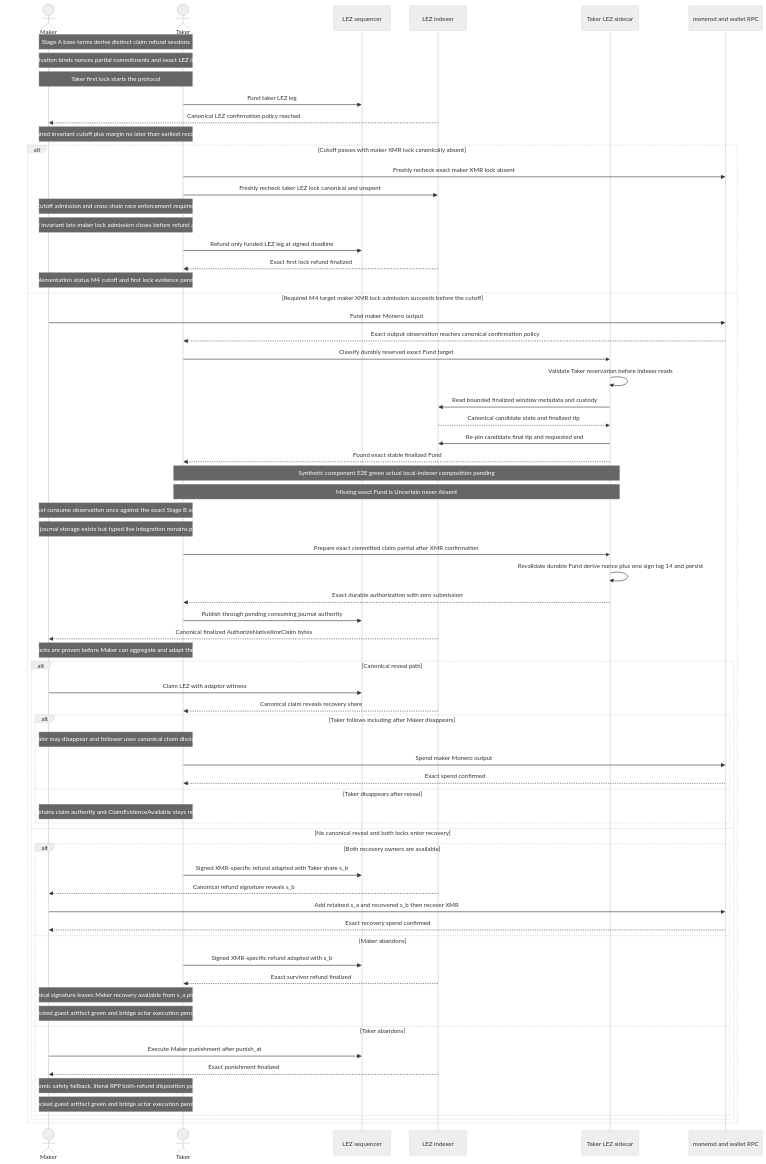
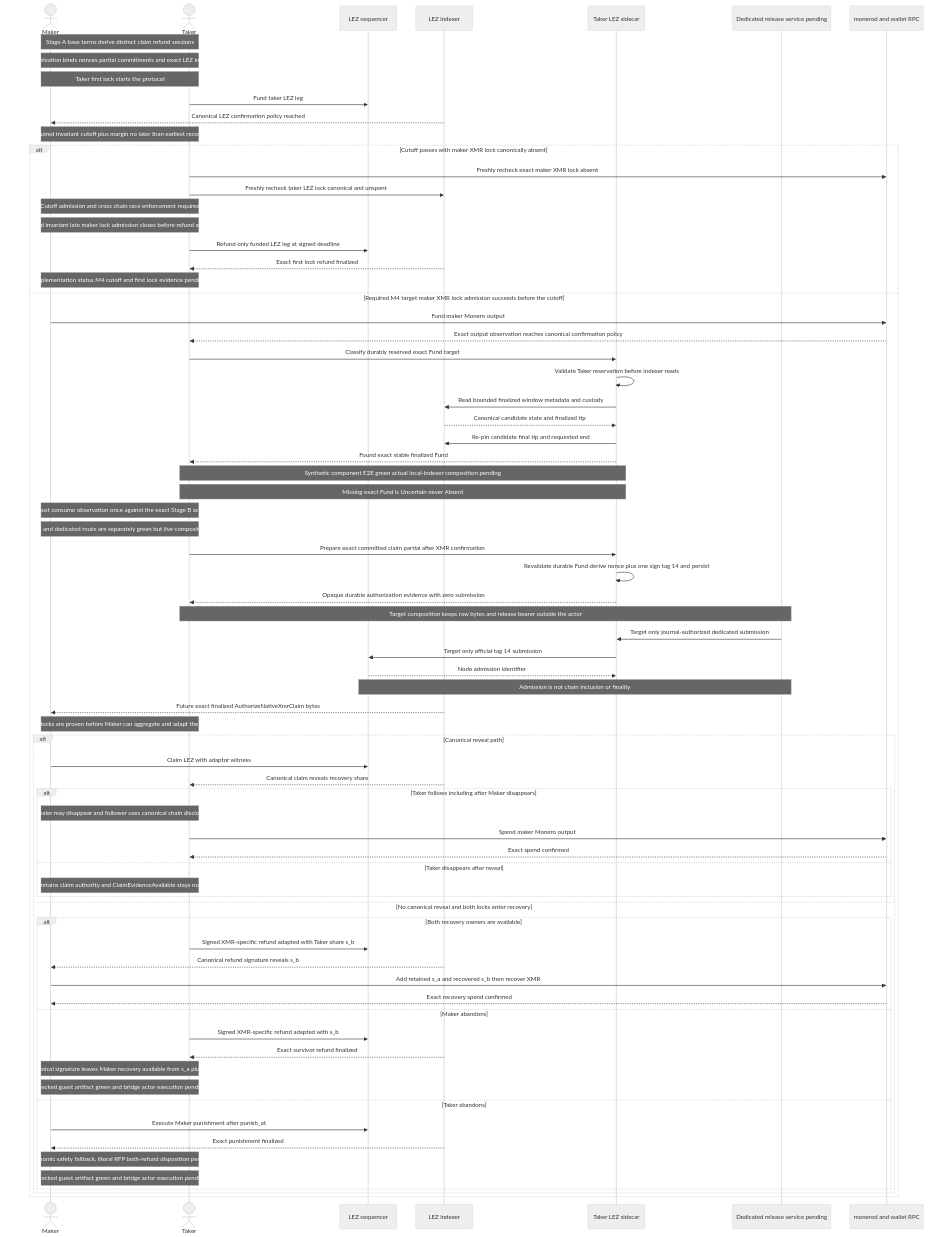
Before and after one commit to gateway-fm/lez-atomic-swaps: diagram 23 of 28 in docs/architecture/system-architecture.md, drawn with Mermaid (neutral theme). The commit also changed other lines of this file and 25 other files, not shown here.

Commit message:
feat(m4): add dedicated XMR authorization route

````diff
--- a/docs/architecture/system-architecture.md
+++ b/docs/architecture/system-architecture.md
@@ -2219,72 +2269,77 @@
 ```mermaid
 sequenceDiagram
     actor Maker
     actor Taker
     participant LezSeq as LEZ sequencer
     participant LezIdx as LEZ indexer
     participant LezSidecar as Taker LEZ sidecar
+    participant Release as Dedicated release service pending
     participant Monero as monerod and wallet RPC
 
     Note over Maker,Taker: Stage A base terms derive distinct claim refund sessions
     Note over Maker,Taker: Stage B activation binds nonces partial commitments and exact LEZ initialization
     Note over Maker,Taker: Taker first lock starts the protocol
     Taker->>LezSeq: Fund taker LEZ leg
     LezIdx-->>Maker: Canonical LEZ confirmation policy reached
     Note over Maker,Taker: Required invariant cutoff plus margin no later than earliest recovery
     alt Cutoff passes with maker XMR lock canonically absent
         Taker->>Monero: Freshly recheck exact maker XMR lock absent
         Taker->>LezIdx: Freshly recheck taker LEZ lock canonical and unspent
         Note over Maker,Taker: Cutoff admission and cross chain race enforcement required
         Note over Maker,Taker: Required invariant late maker lock admission closes before refund authority
         Taker->>LezSeq: Refund only funded LEZ leg at signed deadline
         LezIdx-->>Taker: Exact first lock refund finalized
         Note over Maker,Taker: Implementation status M4 cutoff and first lock evidence pending
     else Required M4 target maker XMR lock admission succeeds before the cutoff
         Maker->>Monero: Fund maker Monero output
         Monero-->>Taker: Exact output observation reaches canonical confirmation policy
         Taker->>LezSidecar: Classify durably reserved exact Fund target
         LezSidecar->>LezSidecar: Validate Taker reservation before indexer reads
         LezSidecar->>LezIdx: Read bounded finalized window metadata and custody
         LezIdx-->>LezSidecar: Canonical candidate state and finalized tip
         LezSidecar->>LezIdx: Re-pin candidate final tip and requested end
         LezSidecar-->>Taker: Found exact stable finalized Fund
         Note over Taker,LezSidecar: Synthetic component E2E green actual local-indexer composition pending
         Note over Taker,LezSidecar: Missing exact Fund is Uncertain never Absent
         Note over Maker,Taker: Taker must consume observation once against the exact Stage B activation
-        Note over Maker,Taker: Sealed journal storage exists but typed live integration remains pending
+        Note over Maker,Taker: Sealed journal and dedicated route are separately green but live composition is pending
         Taker->>LezSidecar: Prepare exact committed claim partial after XMR confirmation
         LezSidecar->>LezSidecar: Revalidate durable Fund derive nonce plus one sign tag 14 and persist
-        LezSidecar-->>Taker: Exact durable authorization with zero submission
-        Taker->>LezSeq: Publish through pending consuming journal authority
-        LezIdx-->>Maker: Canonical finalized AuthorizeNativeXmrClaim bytes
+        LezSidecar-->>Taker: Opaque durable authorization evidence with zero submission
+        Note over Taker,Release: Target composition keeps raw bytes and release bearer outside the actor
+        Release->>LezSidecar: Target only journal-authorized dedicated submission
+        LezSidecar->>LezSeq: Target only official tag 14 submission
+        LezSeq-->>LezSidecar: Node admission identifier
+        Note over Release,LezSeq: Admission is not chain inclusion or finality
+        LezIdx-->>Maker: Future exact finalized AuthorizeNativeXmrClaim bytes
         Note over Maker,Taker: Both locks are proven before Maker can aggregate and adapt the claim
         alt Canonical reveal path
             Maker->>LezSeq: Claim LEZ with adaptor witness
             LezIdx-->>Taker: Canonical claim reveals recovery share
             alt Taker follows including after Maker disappears
                 Note over Maker,Taker: Revealer may disappear and follower uses canonical chain disclosure
                 Taker->>Monero: Spend maker Monero output
                 Monero-->>Taker: Exact spend confirmed
             else Taker disappears after reveal
                 Note over Maker,Taker: Follower retains claim authority and ClaimEvidenceAvailable stays nonterminal
             end
         else No canonical reveal and both locks enter recovery
             alt Both recovery owners are available
                 Taker->>LezSeq: Signed XMR-specific refund adapted with Taker share s_b
                 LezIdx-->>Maker: Canonical refund signature reveals s_b
                 Maker->>Monero: Add retained s_a and recovered s_b then recover XMR
                 Monero-->>Maker: Exact recovery spend confirmed
             else Maker abandons
                 Taker->>LezSeq: Signed XMR-specific refund adapted with s_b
                 LezIdx-->>Taker: Exact survivor refund finalized
                 Note over Maker,Taker: Canonical signature leaves Maker recovery available from s_a plus s_b
                 Note over Maker,Taker: Checked guest artifact green and bridge actor execution pending
             else Taker abandons
                 Maker->>LezSeq: Execute Maker punishment after punish_at
                 LezIdx-->>Maker: Exact punishment finalized
                 Note over Maker,Taker: COMIT economic safety fallback, literal RFP both-refund disposition pending review
                 Note over Maker,Taker: Checked guest artifact green and bridge actor execution pending
             end
         end
     end
 ```
````
